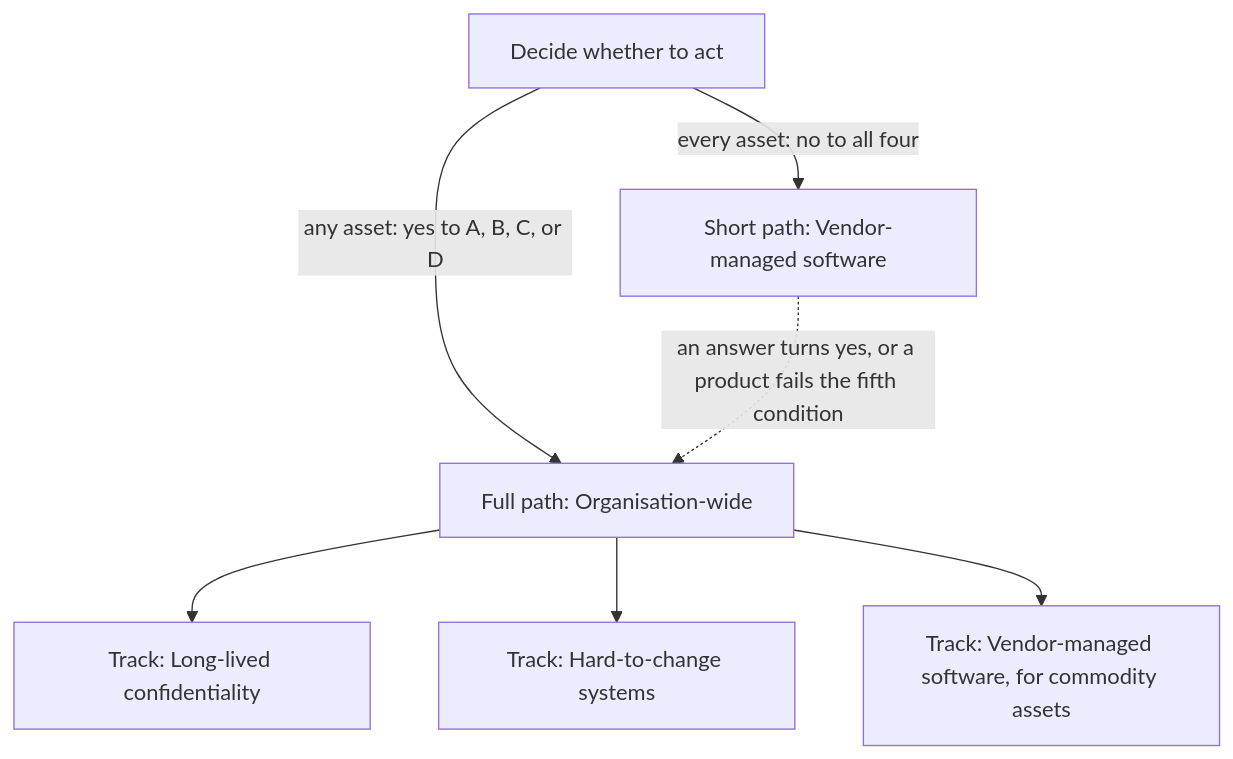
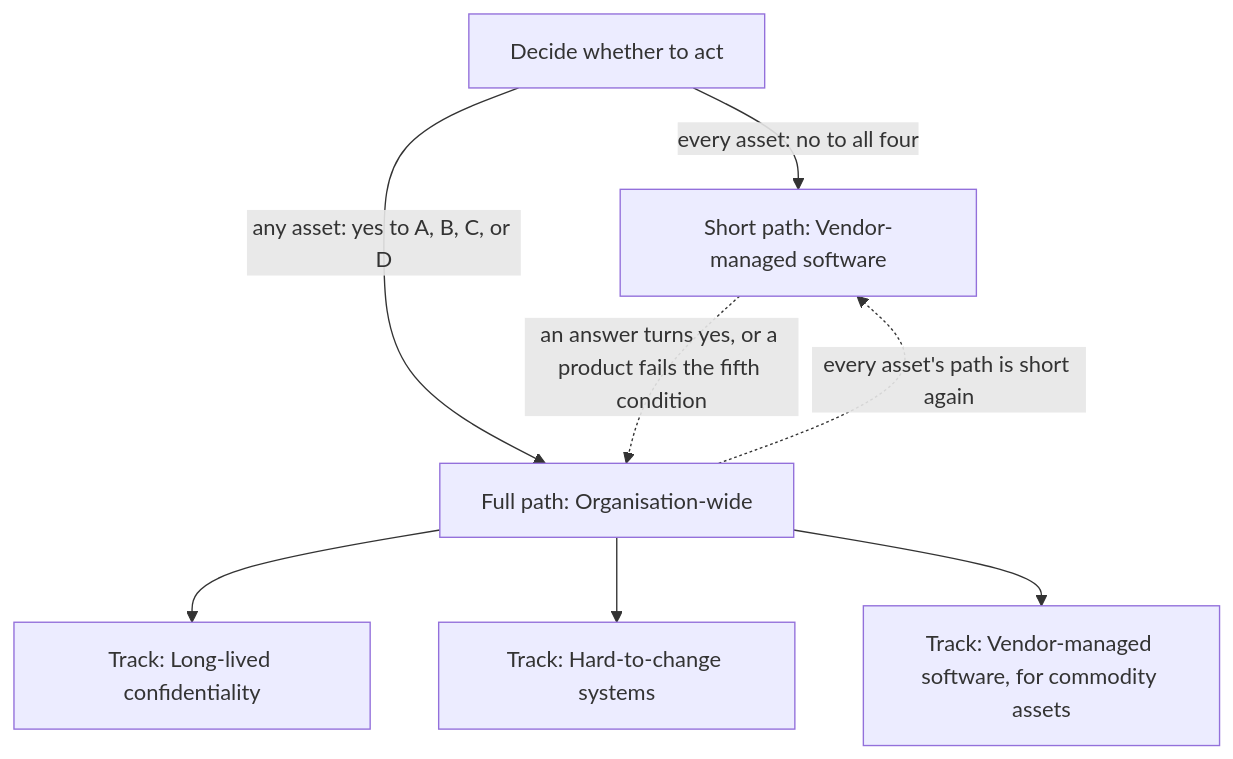
One commit to pqc-community/handbook changed the diagram in docs/routes/index.md. Above: the diagram before and after it, drawn with Mermaid. The commit also changed other lines of this file and 5 other files, not shown here.

````diff
--- a/docs/routes/index.md
+++ b/docs/routes/index.md
@@ -17,9 +17,10 @@
 ```mermaid
 flowchart TD
     D[Decide whether to act] -->|every asset: no to all four| S[Short path: Vendor-managed software]
     D -->|any asset: yes to A, B, C, or D| O[Full path: Organisation-wide]
     O --> LL[Track: Long-lived confidentiality]
     O --> HC[Track: Hard-to-change systems]
     O --> VM[Track: Vendor-managed software, for commodity assets]
     S -.->|an answer turns yes, or a product fails the fifth condition| O
+    O -.->|every asset's path is short again| S
 ```
````
